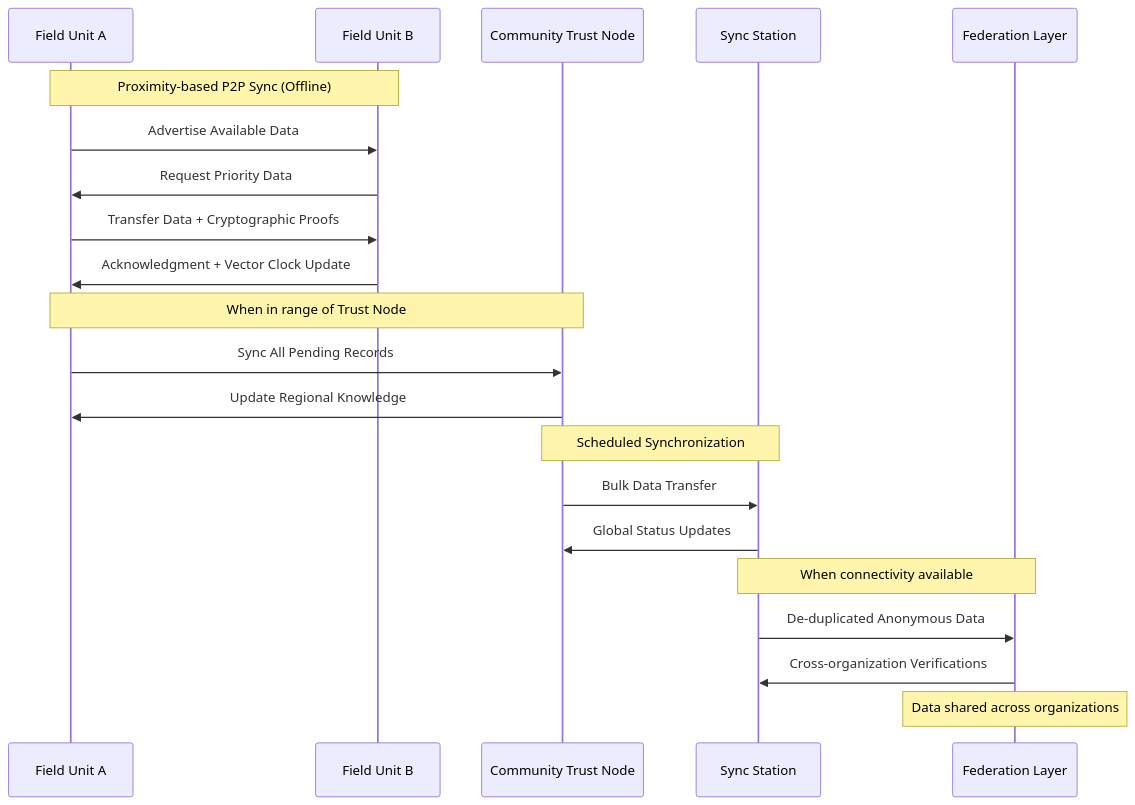
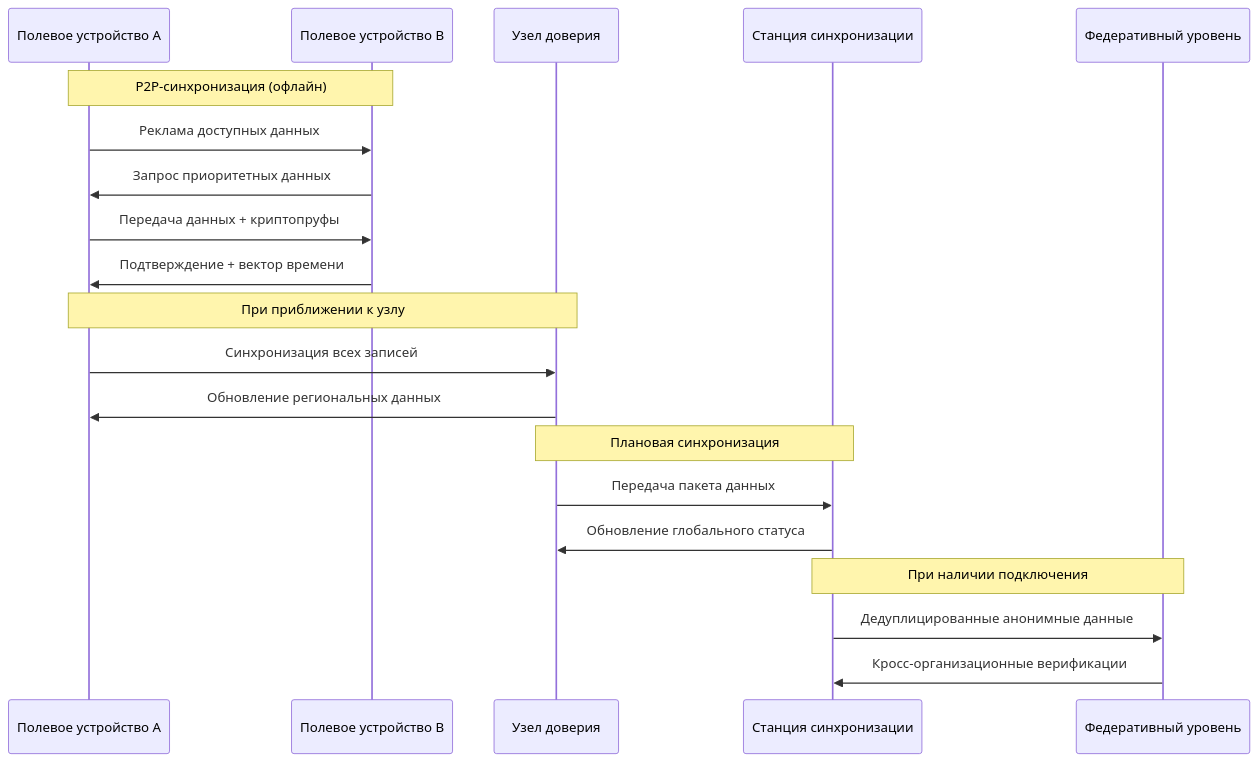
One commit to Ablikon/Endterm changed the third of 4 diagrams in Endterm/6 task/MESA_Humanitarian_Aid_System.md. Above: the diagram before and after it, drawn with Mermaid. The commit also changed other lines of this file, not shown here.

````diff
--- a/Endterm/6 task/MESA_Humanitarian_Aid_System.md
+++ b/Endterm/6 task/MESA_Humanitarian_Aid_System.md
@@ -856,28 +142,26 @@
 ```mermaid
 sequenceDiagram
-    participant FU1 as Field Unit A
-    participant FU2 as Field Unit B
-    participant CTN as Community Trust Node
-    participant SS as Sync Station
-    participant FL as Federation Layer
+    participant FU1 as Полевое устройство A
+    participant FU2 as Полевое устройство B
+    participant CTN as Узел доверия
+    participant SS as Станция синхронизации
+    participant FL as Федеративный уровень
     
-    Note over FU1,FU2: Proximity-based P2P Sync (Offline)
-    FU1 ->> FU2: Advertise Available Data
-    FU2 ->> FU1: Request Priority Data
-    FU1 ->> FU2: Transfer Data + Cryptographic Proofs
-    FU2 ->> FU1: Acknowledgment + Vector Clock Update
+    Note over FU1,FU2: P2P-синхронизация (офлайн)
+    FU1 ->> FU2: Реклама доступных данных
+    FU2 ->> FU1: Запрос приоритетных данных
+    FU1 ->> FU2: Передача данных + криптопруфы
+    FU2 ->> FU1: Подтверждение + вектор времени
     
-    Note over FU1,CTN: When in range of Trust Node
-    FU1 ->> CTN: Sync All Pending Records
-    CTN ->> FU1: Update Regional Knowledge
+    Note over FU1,CTN: При приближении к узлу
+    FU1 ->> CTN: Синхронизация всех записей
+    CTN ->> FU1: Обновление региональных данных
     
-    Note over CTN,SS: Scheduled Synchronization
-    CTN ->> SS: Bulk Data Transfer
-    SS ->> CTN: Global Status Updates
+    Note over CTN,SS: Плановая синхронизация
+    CTN ->> SS: Передача пакета данных
+    SS ->> CTN: Обновление глобального статуса
     
-    Note over SS,FL: When connectivity available
-    SS ->> FL: De-duplicated Anonymous Data
-    FL ->> SS: Cross-organization Verifications
-    
-    Note over FL: Data shared across organizations
+    Note over SS,FL: При наличии подключения
+    SS ->> FL: Дедуплицированные анонимные данные
+    FL ->> SS: Кросс-организационные верификации
 ```
````
